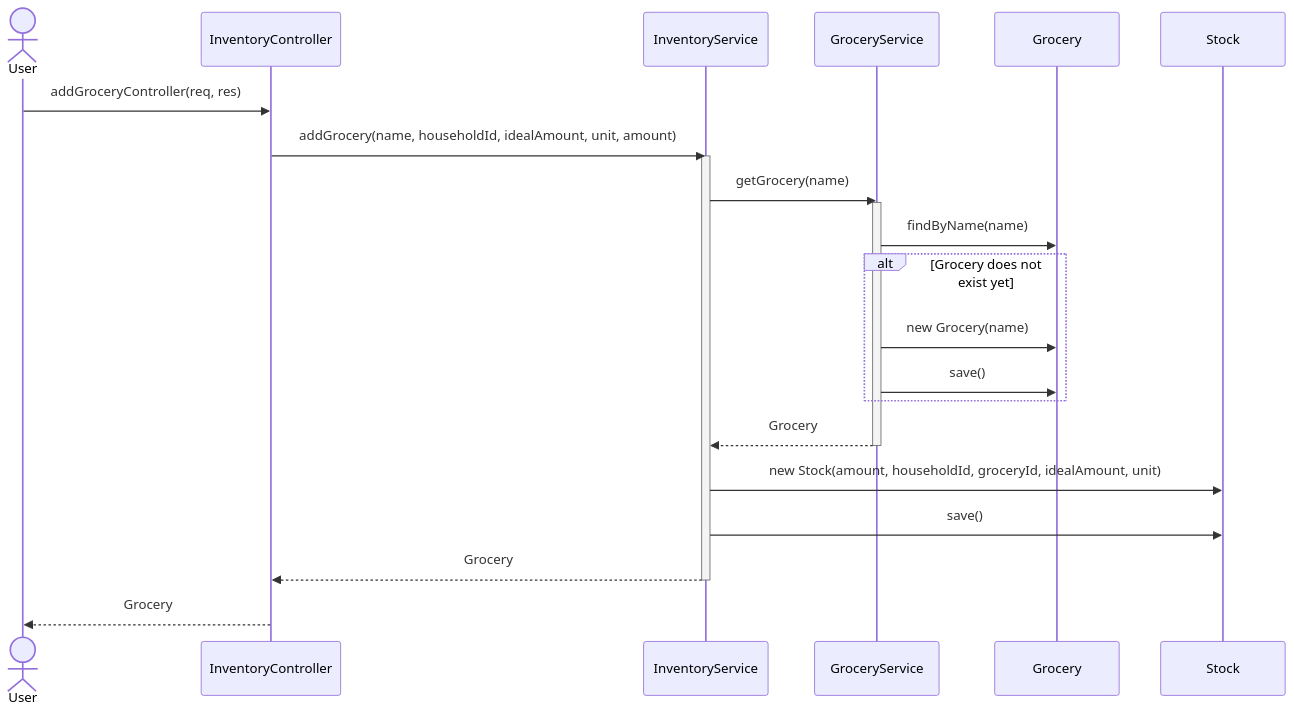
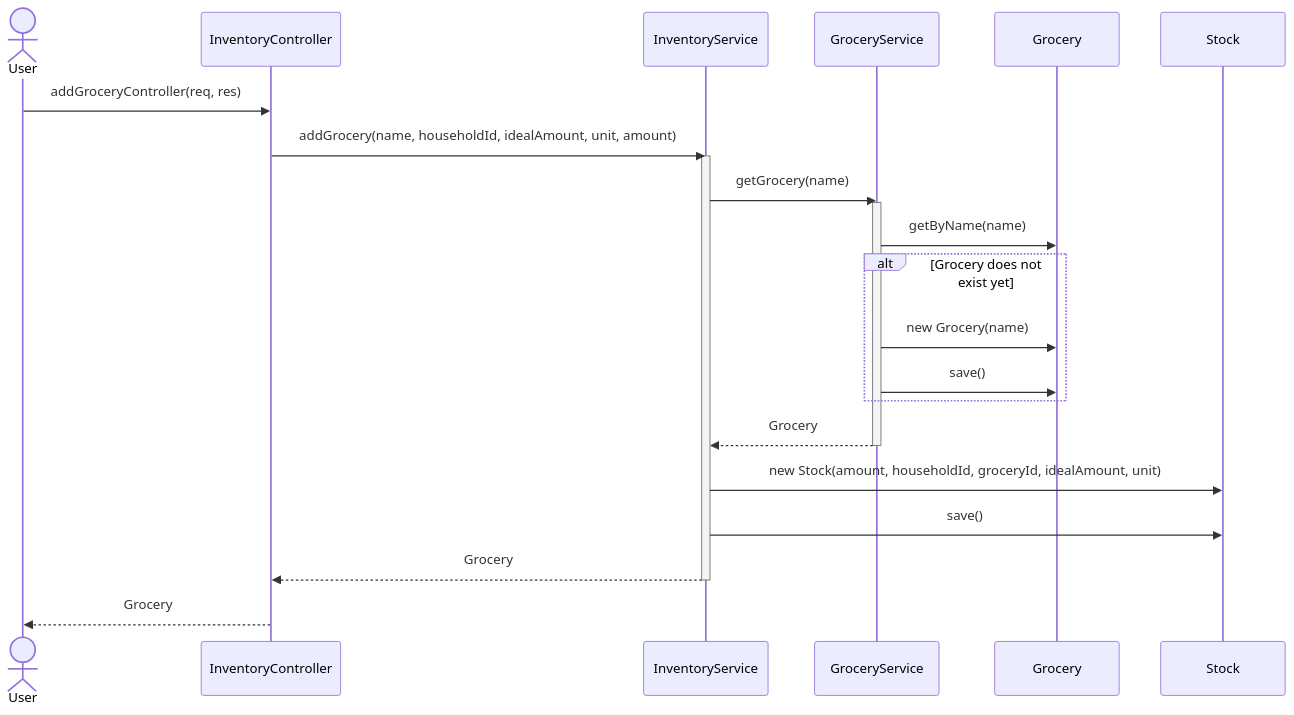
Before and after one commit to danielplan/wastend: the fifth of 7 diagrams in docs/user-journeys.md, drawn with Mermaid. The commit also changed 14 other files, not shown here.

````diff
--- a/docs/user-journeys.md
+++ b/docs/user-journeys.md
@@ -96,21 +96,21 @@
 ```mermaid
 sequenceDiagram
     actor User
     User ->> InventoryController: addGroceryController(req, res)
     InventoryController ->> InventoryService: addGrocery(name, householdId, idealAmount, unit, amount)
     activate InventoryService
     InventoryService ->> GroceryService: getGrocery(name)
     activate GroceryService
-    GroceryService ->> Grocery: findByName(name)
+    GroceryService ->> Grocery: getByName(name)
     alt Grocery does not exist yet
         GroceryService ->> Grocery: new Grocery(name)
         GroceryService ->> Grocery: save()
     end
     GroceryService -->> InventoryService: Grocery
     deactivate GroceryService
     InventoryService ->> Stock: new Stock(amount, householdId, groceryId, idealAmount, unit)
     InventoryService ->> Stock: save()
     InventoryService -->> InventoryController: Grocery
     deactivate InventoryService
     InventoryController -->> User: Grocery
 ```
````
